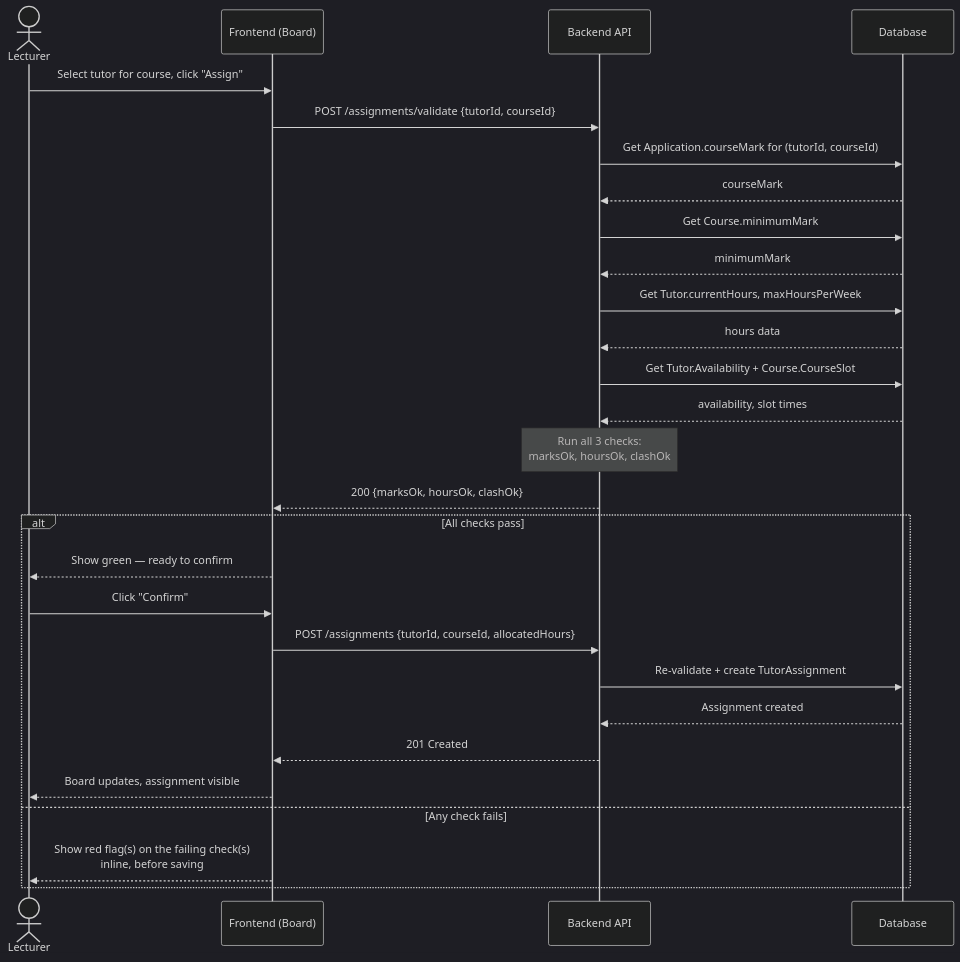
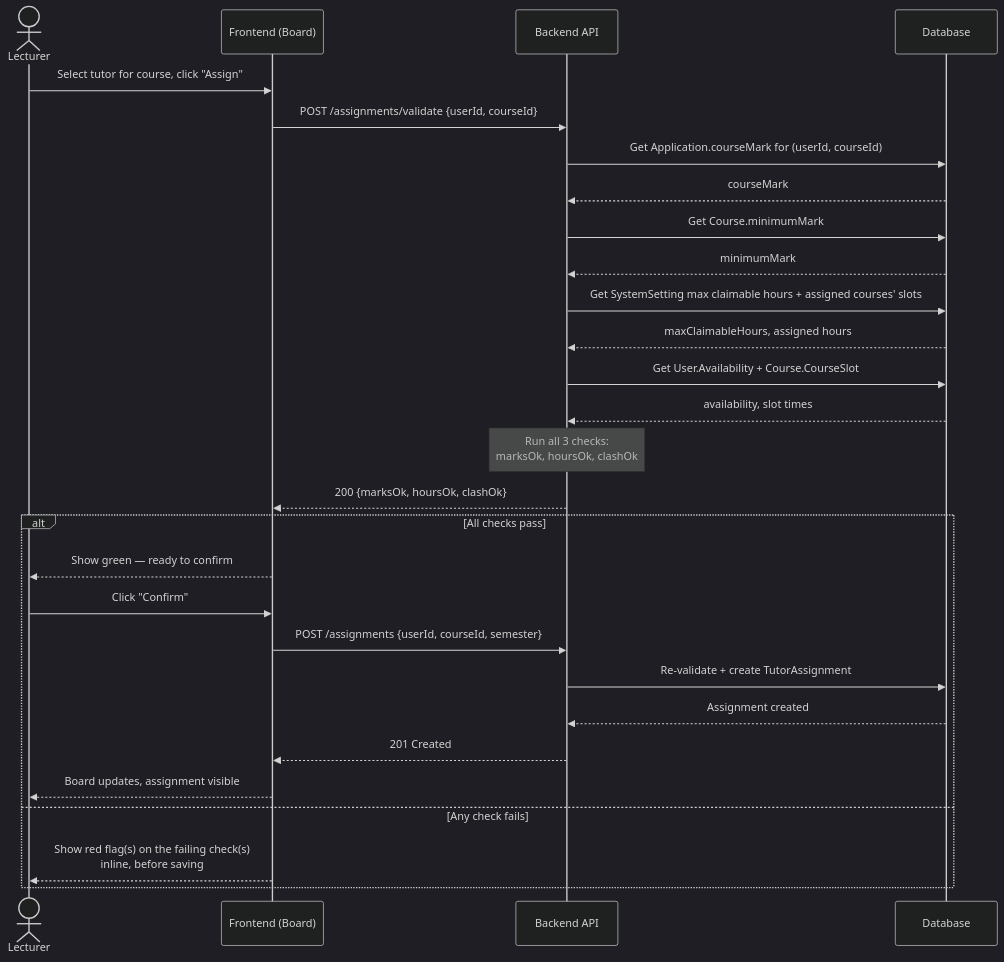
One commit to kompile-n-konquer/Tutor-Management-System changed the diagram in docs/docs/diagrams/sequence-diagram.md. Above: the diagram before and after it, drawn with Mermaid (dark theme). The commit also changed 10 other files, not shown here.

Commit message:
fix: check the allocated hours of a user before assigning them

````diff
--- a/docs/docs/diagrams/sequence-diagram.md
+++ b/docs/docs/diagrams/sequence-diagram.md
@@ -9,37 +9,37 @@
 ```mermaid
 sequenceDiagram
   actor L as Lecturer
   participant FE as Frontend (Board)
   participant BE as Backend API
   participant DB as Database
 
   L->>FE: Select tutor for course, click "Assign"
-  FE->>BE: POST /assignments/validate {tutorId, courseId}
+  FE->>BE: POST /assignments/validate {userId, courseId}
 
-  BE->>DB: Get Application.courseMark for (tutorId, courseId)
+  BE->>DB: Get Application.courseMark for (userId, courseId)
   DB-->>BE: courseMark
   BE->>DB: Get Course.minimumMark
   DB-->>BE: minimumMark
 
-  BE->>DB: Get Tutor.currentHours, maxHoursPerWeek
-  DB-->>BE: hours data
+  BE->>DB: Get SystemSetting max claimable hours + assigned courses' slots
+  DB-->>BE: maxClaimableHours, assigned hours
 
-  BE->>DB: Get Tutor.Availability + Course.CourseSlot
+  BE->>DB: Get User.Availability + Course.CourseSlot
   DB-->>BE: availability, slot times
 
   Note over BE: Run all 3 checks:<br/>marksOk, hoursOk, clashOk
 
   BE-->>FE: 200 {marksOk, hoursOk, clashOk}
 
   alt All checks pass
     FE-->>L: Show green — ready to confirm
     L->>FE: Click "Confirm"
-    FE->>BE: POST /assignments {tutorId, courseId, allocatedHours}
+    FE->>BE: POST /assignments {userId, courseId, semester}
     BE->>DB: Re-validate + create TutorAssignment
     DB-->>BE: Assignment created
     BE-->>FE: 201 Created
     FE-->>L: Board updates, assignment visible
   else Any check fails
     FE-->>L: Show red flag(s) on the failing check(s)<br/>inline, before saving
   end
 ```
````
